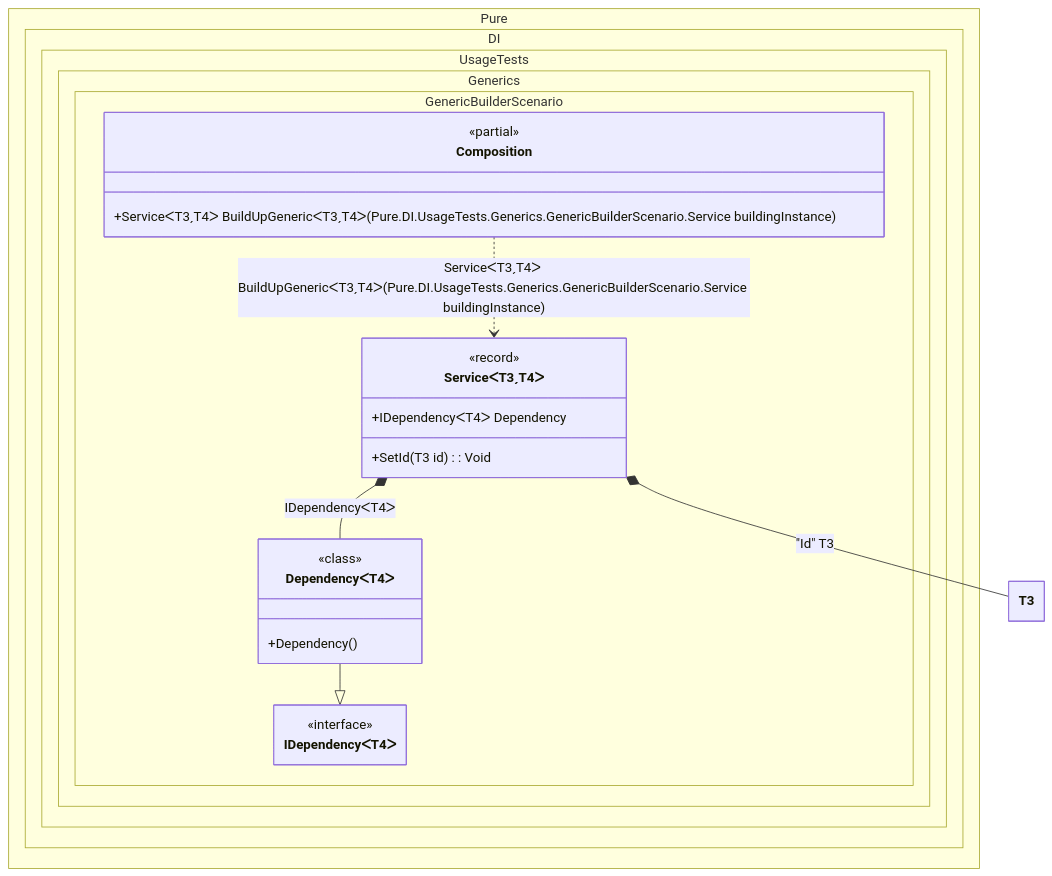
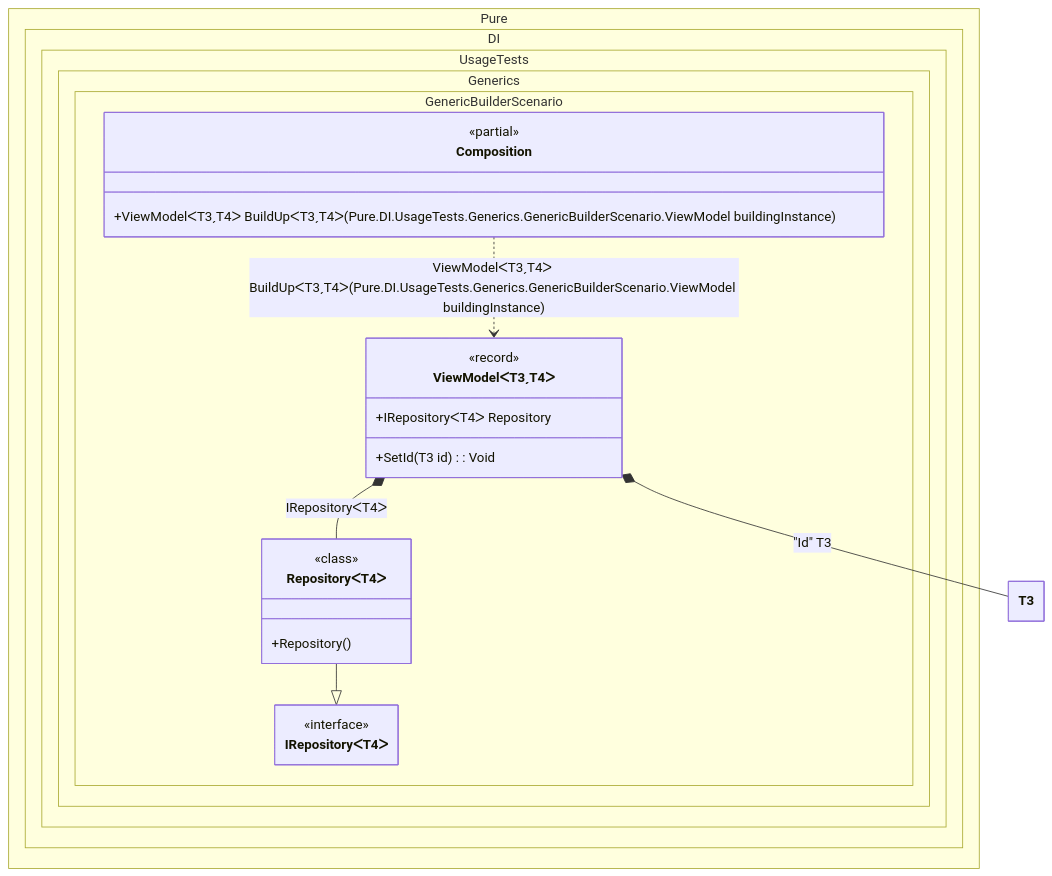
One commit to DevTeam/Pure.DI changed the diagram in readme/generic-builder.md. Above: the diagram before and after it, drawn with Mermaid. The commit also changed other lines of this file and 126 other files, not shown here.

````diff
--- a/readme/generic-builder.md
+++ b/readme/generic-builder.md
@@ -114,32 +129,32 @@
 ```mermaid
 ---
  config:
   maxTextSize: 2147483647
   maxEdges: 2147483647
   class:
    hideEmptyMembersBox: true
 ---
 classDiagram
-	DependencyᐸT4ᐳ --|> IDependencyᐸT4ᐳ
-	Composition ..> ServiceᐸT3ˏT4ᐳ : ServiceᐸT3ˏT4ᐳ BuildUpGenericᐸT3ˏT4ᐳ(Pure.DI.UsageTests.Generics.GenericBuilderScenario.Service<T3, T4> buildingInstance)
-	ServiceᐸT3ˏT4ᐳ *--  DependencyᐸT4ᐳ : IDependencyᐸT4ᐳ
-	ServiceᐸT3ˏT4ᐳ *--  T3 : "Id"  T3
+	RepositoryᐸT4ᐳ --|> IRepositoryᐸT4ᐳ
+	Composition ..> ViewModelᐸT3ˏT4ᐳ : ViewModelᐸT3ˏT4ᐳ BuildUpᐸT3ˏT4ᐳ(Pure.DI.UsageTests.Generics.GenericBuilderScenario.ViewModel<T3, T4> buildingInstance)
+	ViewModelᐸT3ˏT4ᐳ *--  RepositoryᐸT4ᐳ : IRepositoryᐸT4ᐳ
+	ViewModelᐸT3ˏT4ᐳ *--  T3 : "Id"  T3
 	namespace Pure.DI.UsageTests.Generics.GenericBuilderScenario {
 		class Composition {
 		<<partial>>
-		+ServiceᐸT3ˏT4ᐳ BuildUpGenericᐸT3ˏT4ᐳ(Pure.DI.UsageTests.Generics.GenericBuilderScenario.Service<T3, T4> buildingInstance)
+		+ViewModelᐸT3ˏT4ᐳ BuildUpᐸT3ˏT4ᐳ(Pure.DI.UsageTests.Generics.GenericBuilderScenario.ViewModel<T3, T4> buildingInstance)
 		}
-		class DependencyᐸT4ᐳ {
-				<<class>>
-			+Dependency()
-		}
-		class IDependencyᐸT4ᐳ {
+		class IRepositoryᐸT4ᐳ {
 			<<interface>>
 		}
-		class ServiceᐸT3ˏT4ᐳ {
+		class RepositoryᐸT4ᐳ {
+				<<class>>
+			+Repository()
+		}
+		class ViewModelᐸT3ˏT4ᐳ {
 				<<record>>
-			+IDependencyᐸT4ᐳ Dependency
+			+IRepositoryᐸT4ᐳ Repository
 			+SetId(T3 id) : Void
 		}
 	}
 ```
````
